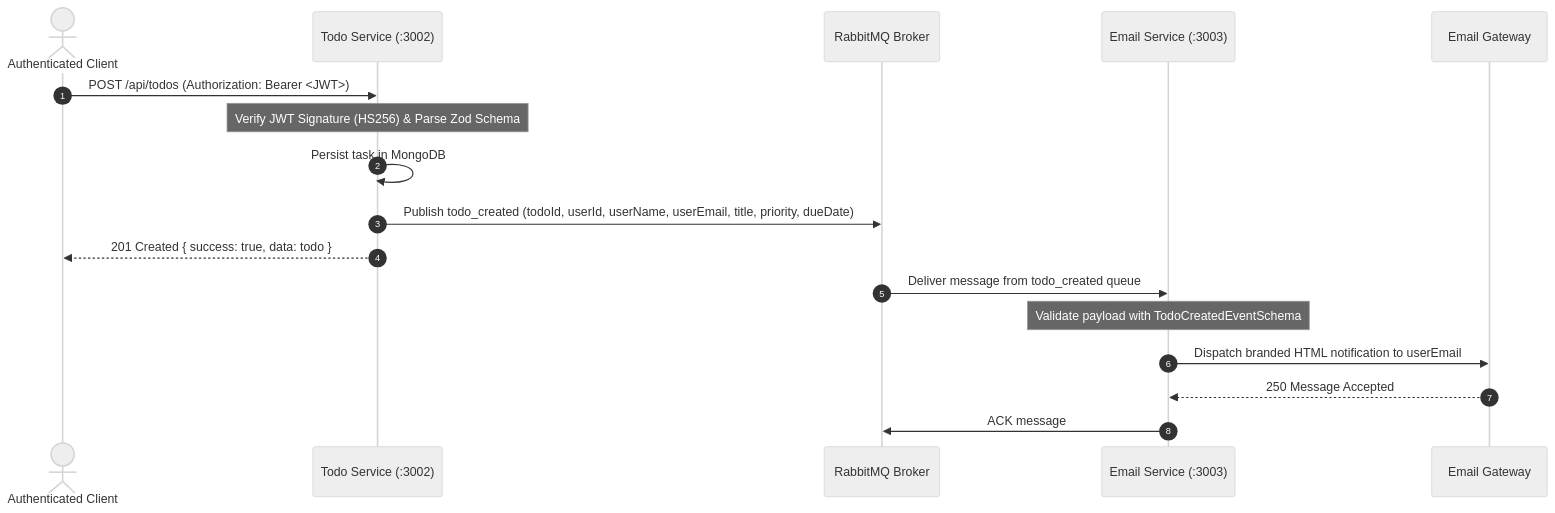
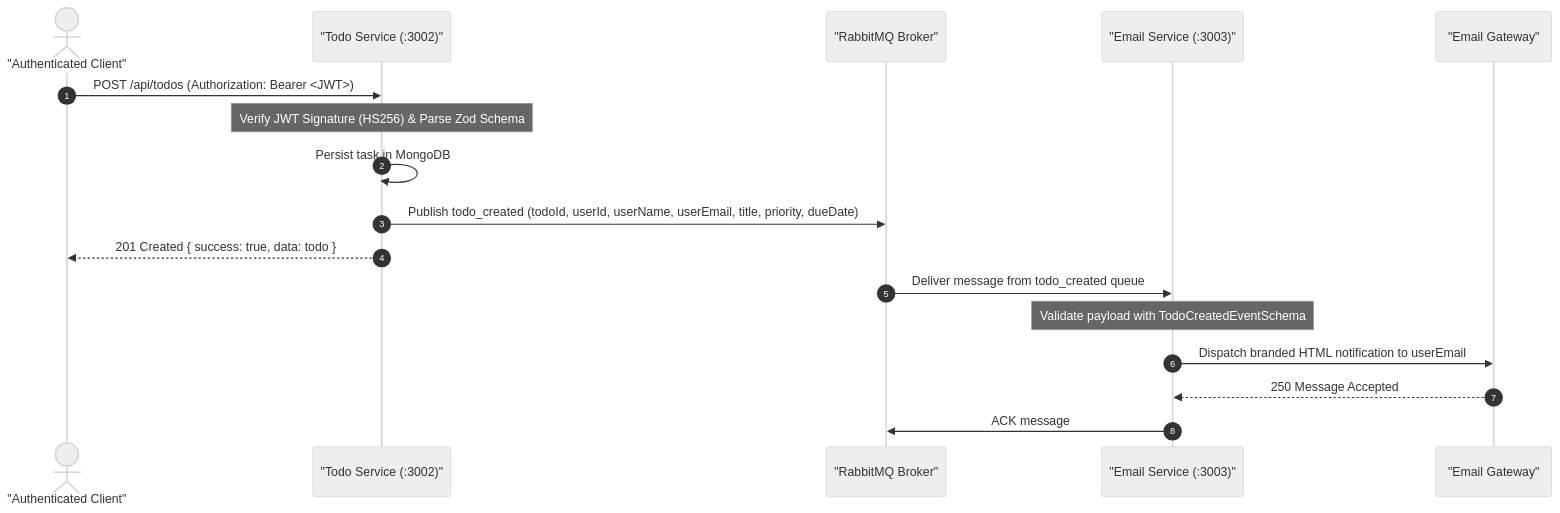
The second of 2 diagrams in README.md (shafiktanbir/node-microservices-blueprint), drawn with Mermaid (neutral theme) before and after one commit. The commit also changed other lines of this file, not shown here.

Commit message:
docs(architecture): quote mermaid node and participant labels for GitHub renderer compatibility

````diff
--- a/README.md
+++ b/README.md
@@ -46,21 +46,21 @@
 ```mermaid
 sequenceDiagram
     autonumber
-    actor User as Authenticated Client
-    participant TodoSvc as Todo Service (:3002)
-    participant Broker as RabbitMQ Broker
-    participant EmailSvc as Email Service (:3003)
-    participant Transporter as Email Gateway
+    actor User as "Authenticated Client"
+    participant TodoSvc as "Todo Service (:3002)"
+    participant Broker as "RabbitMQ Broker"
+    participant EmailSvc as "Email Service (:3003)"
+    participant Transporter as "Email Gateway"
 
     User->>TodoSvc: POST /api/todos (Authorization: Bearer <JWT>)
     Note over TodoSvc: Verify JWT Signature (HS256) & Parse Zod Schema
     TodoSvc->>TodoSvc: Persist task in MongoDB
     TodoSvc->>Broker: Publish todo_created (todoId, userId, userName, userEmail, title, priority, dueDate)
     TodoSvc-->>User: 201 Created { success: true, data: todo }
 
     Broker->>EmailSvc: Deliver message from todo_created queue
     Note over EmailSvc: Validate payload with TodoCreatedEventSchema
     EmailSvc->>Transporter: Dispatch branded HTML notification to userEmail
     Transporter-->>EmailSvc: 250 Message Accepted
     EmailSvc->>Broker: ACK message
 ```
````
